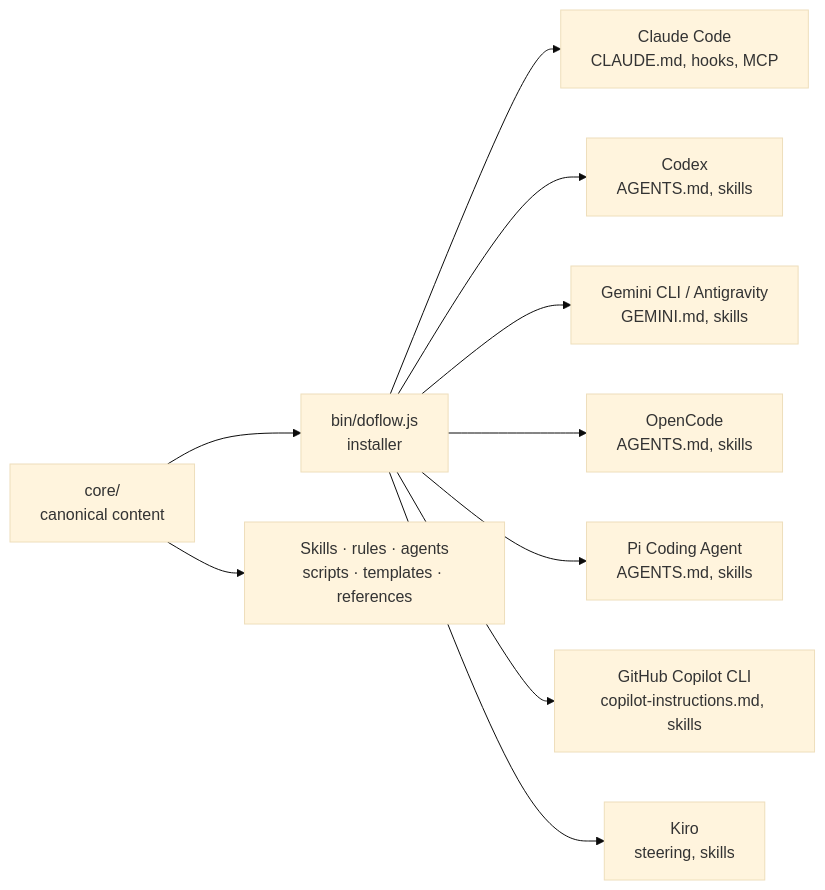
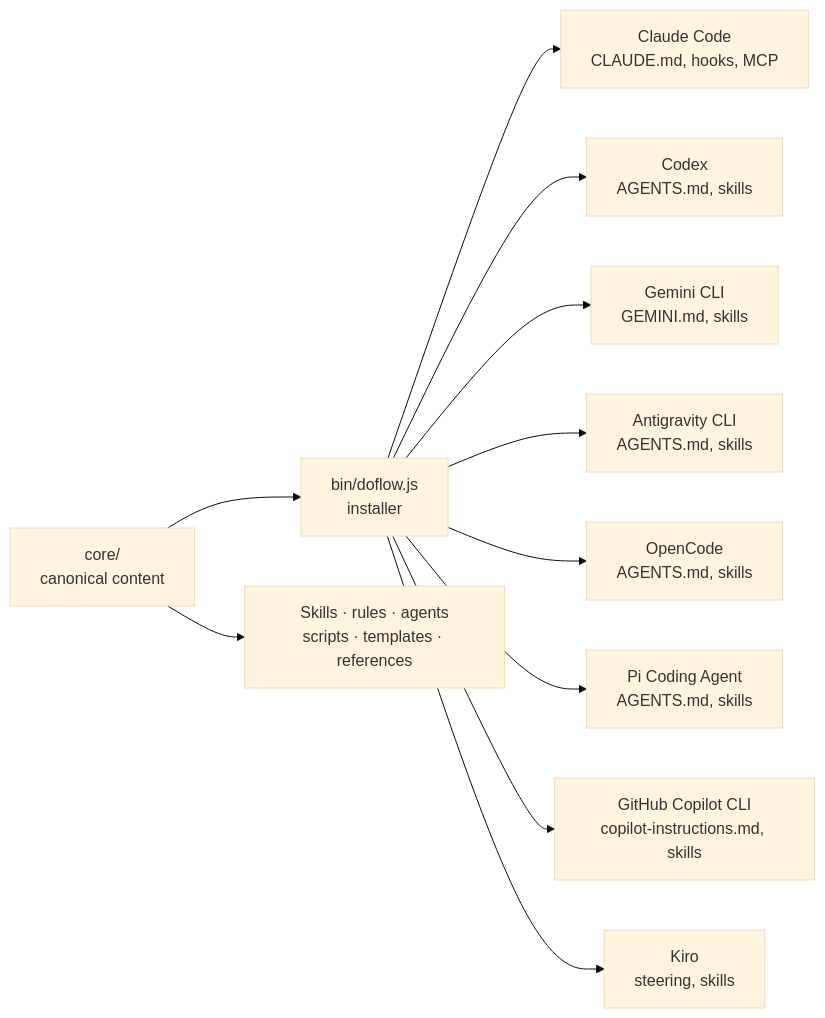
Before and after one commit to khoavu882/do-flow: the first of 4 diagrams in docs/overview.md, drawn with Mermaid (base theme). The commit also changed other lines of this file and 10 other files, not shown here.

````diff
--- a/docs/overview.md
+++ b/docs/overview.md
@@ -7,12 +7,13 @@
 ```mermaid
 flowchart LR
     Core[core/\ncanonical content] --> Installer[bin/doflow.js\ninstaller]
     Installer --> Claude[Claude Code\nCLAUDE.md, hooks, MCP]
     Installer --> Codex[Codex\nAGENTS.md, skills]
-    Installer --> Gemini[Gemini CLI / Antigravity\nGEMINI.md, skills]
+    Installer --> Gemini[Gemini CLI\nGEMINI.md, skills]
+    Installer --> Anti[Antigravity CLI\nAGENTS.md, skills]
     Installer --> OpenCode[OpenCode\nAGENTS.md, skills]
     Installer --> Pi[Pi Coding Agent\nAGENTS.md, skills]
     Installer --> Copilot[GitHub Copilot CLI\ncopilot-instructions.md, skills]
     Installer --> Kiro[Kiro\nsteering, skills]
     Core --> Content[Skills · rules · agents\nscripts · templates · references]
 ```
````
